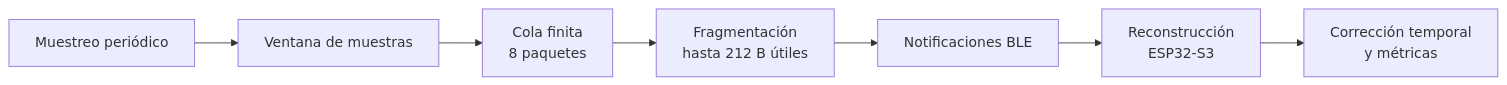
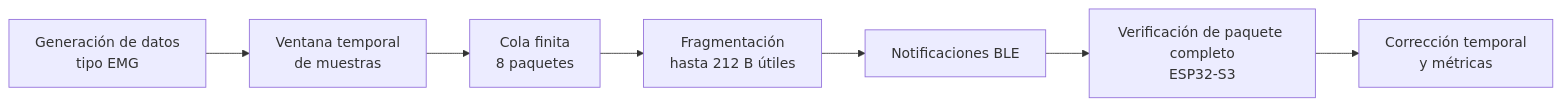
Before and after one commit to renatososa/TIoT: the diagram in README.md, drawn with Mermaid. The commit also changed other lines of this file, not shown here.

````diff
--- a/README.md
+++ b/README.md
@@ -118,9 +116,9 @@
 ```mermaid
 flowchart LR
-    A["Muestreo periódico"] --> B["Ventana de muestras"]
+    A["Generación de datos<br/>tipo EMG"] --> B["Ventana temporal<br/>de muestras"]
     B --> C["Cola finita<br/>8 paquetes"]
     C --> D["Fragmentación<br/>hasta 212 B útiles"]
     D --> E["Notificaciones BLE"]
-    E --> F["Reconstrucción<br/>ESP32-S3"]
+    E --> F["Verificación de paquete completo<br/>ESP32-S3"]
     F --> G["Corrección temporal<br/>y métricas"]
 ```
````
